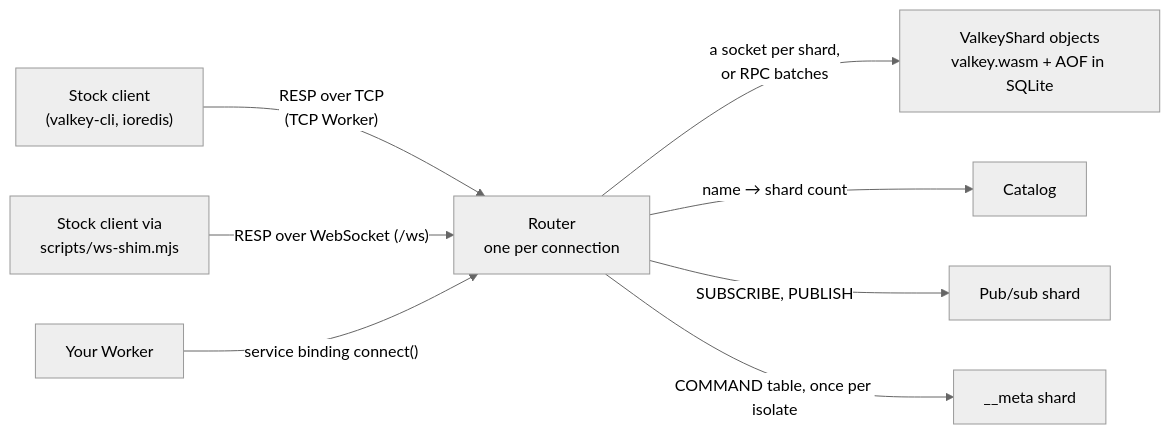
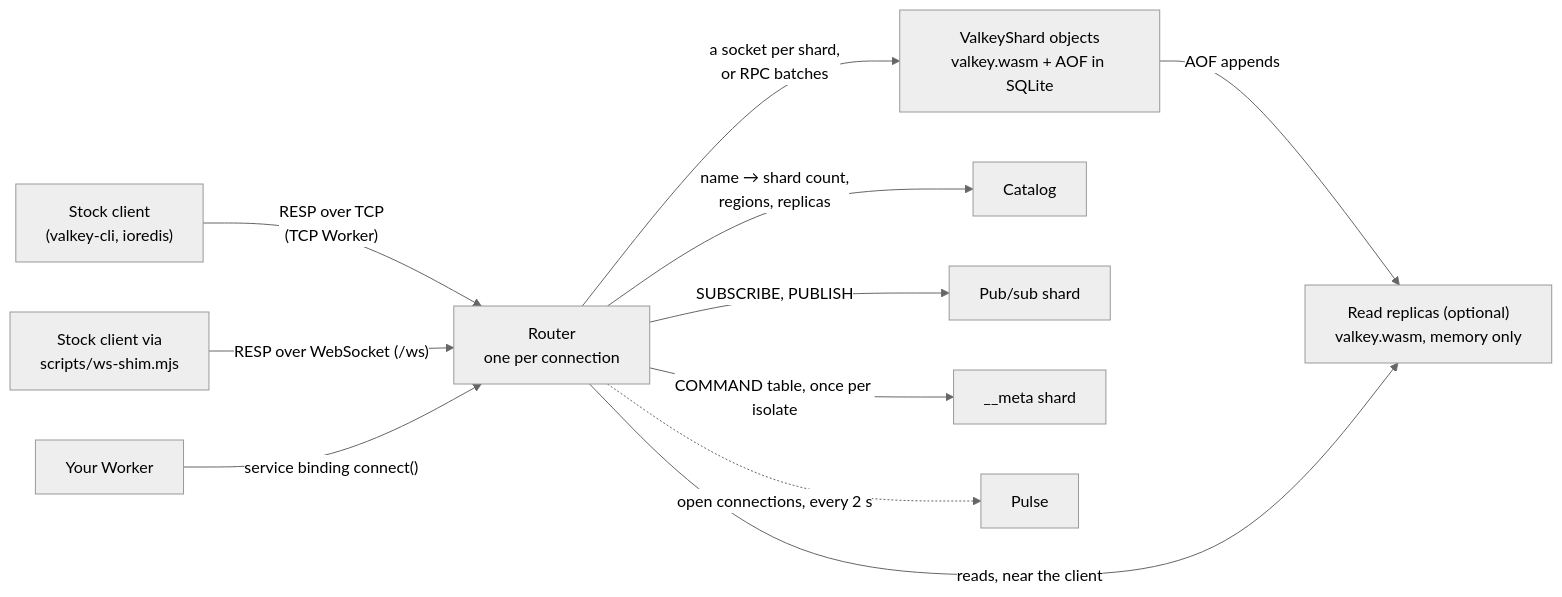
The diagram in docs/architecture.md (vaishnav-mk/vado), drawn with Mermaid (neutral theme) before and after one commit. The commit also changed other lines of this file, not shown here.

Commit message:
describe replicas, placement and the pulse in the architecture

````diff
--- a/docs/architecture.md
+++ b/docs/architecture.md
@@ -7,10 +7,13 @@
 ```mermaid
 flowchart LR
   tcp["Stock client<br/>(valkey-cli, ioredis)"] -- "RESP over TCP<br/>(TCP Worker)" --> router
   ws["Stock client via<br/>scripts/ws-shim.mjs"] -- "RESP over WebSocket (/ws)" --> router
   app["Your Worker"] -- "service binding connect()" --> router
   router["Router<br/>one per connection"] -- "a socket per shard,<br/>or RPC batches" --> shards["ValkeyShard objects<br/>valkey.wasm + AOF in SQLite"]
-  router -- "name → shard count" --> catalog["Catalog"]
+  shards -- "AOF appends" --> replicas["Read replicas (optional)<br/>valkey.wasm, memory only"]
+  router -- "reads, near the client" --> replicas
+  router -- "name → shard count,<br/>regions, replicas" --> catalog["Catalog"]
   router -- "SUBSCRIBE, PUBLISH" --> pubsub["Pub/sub shard"]
   router -- "COMMAND table, once per isolate" --> meta["__meta shard"]
+  router -.->|"open connections, every 2 s"| pulse["Pulse"]
 ```
````
